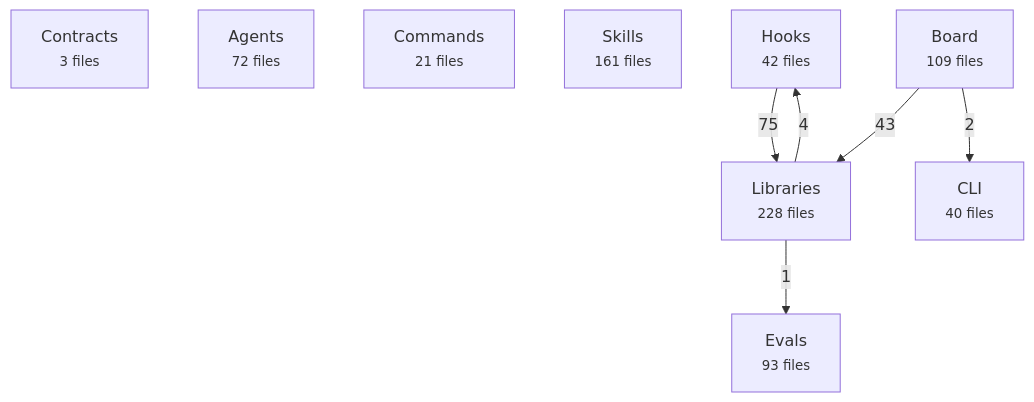
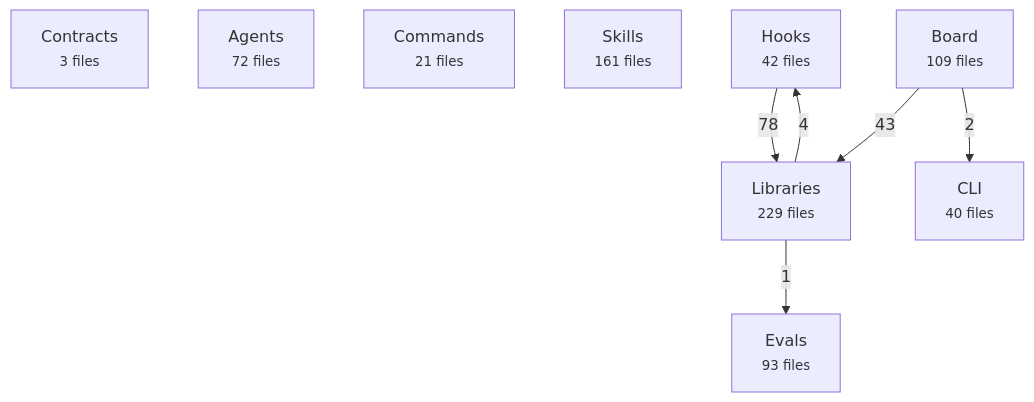
The first of 2 diagrams in docs/reference/architecture-map.md (avelikiy/great_cto), drawn with Mermaid before and after one commit. The commit also changed other lines of this file, not shown here.

Commit message:
docs: regenerate the architecture map after #170

````diff
--- a/docs/reference/architecture-map.md
+++ b/docs/reference/architecture-map.md
@@ -20,17 +20,17 @@
 ```mermaid
 flowchart TD
   contracts["Contracts<br/><small>3 files</small>"]
   agents["Agents<br/><small>72 files</small>"]
   commands["Commands<br/><small>21 files</small>"]
   skills["Skills<br/><small>161 files</small>"]
   hooks["Hooks<br/><small>42 files</small>"]
-  libs["Libraries<br/><small>228 files</small>"]
+  libs["Libraries<br/><small>229 files</small>"]
   board["Board<br/><small>109 files</small>"]
   cli["CLI<br/><small>40 files</small>"]
   evals["Evals<br/><small>93 files</small>"]
-  hooks -->|75| libs
+  hooks -->|78| libs
   board -->|43| libs
   libs -->|4| hooks
   board -->|2| cli
   libs -->|1| evals
 ```
````
